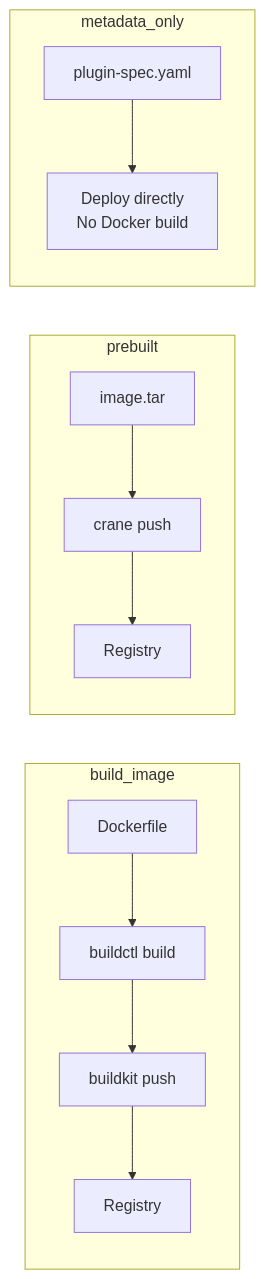
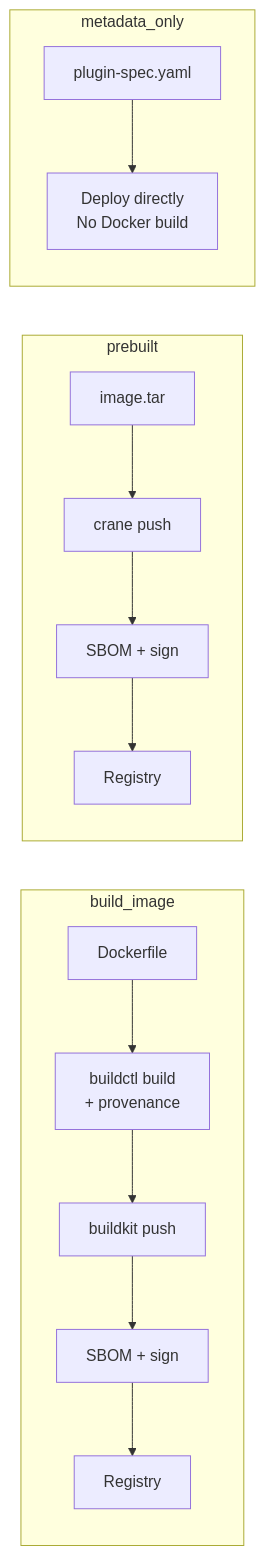
The fourth of 10 diagrams in docs/architecture-flow.md (mwashburn160/pipeline-builder), drawn with Mermaid before and after one commit. The commit also changed other lines of this file and 107 other files, not shown here.

````diff
--- a/docs/architecture-flow.md
+++ b/docs/architecture-flow.md
@@ -106,14 +120,14 @@
 ```mermaid
 flowchart LR
     subgraph build_image
-        DF2[Dockerfile] --> Build[buildctl build] --> Push1[buildkit push] --> R1[Registry]
+        DF2[Dockerfile] --> Build[buildctl build<br/>+ provenance] --> Push1[buildkit push] --> Sign1[SBOM + sign] --> R1[Registry]
     end
 
     subgraph prebuilt
-        TAR2[image.tar] --> Push2[crane push] --> R2[Registry]
+        TAR2[image.tar] --> Push2[crane push] --> Sign2[SBOM + sign] --> R2[Registry]
     end
 
     subgraph metadata_only
         Spec2[plugin-spec.yaml] --> Direct[Deploy directly<br/>No Docker build]
     end
 ```
````
